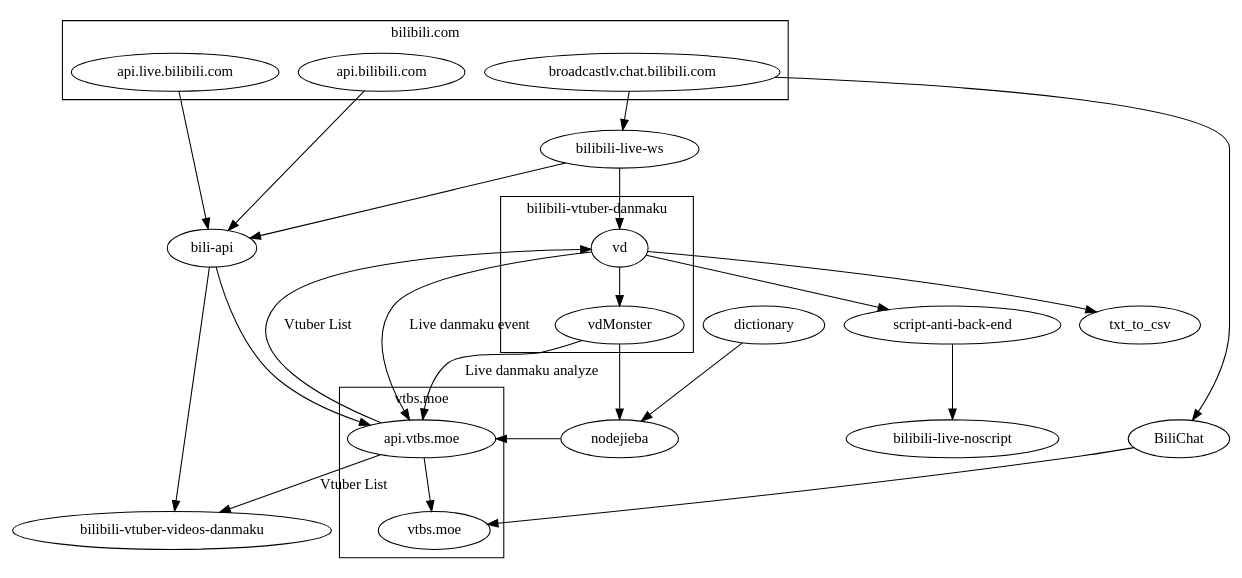
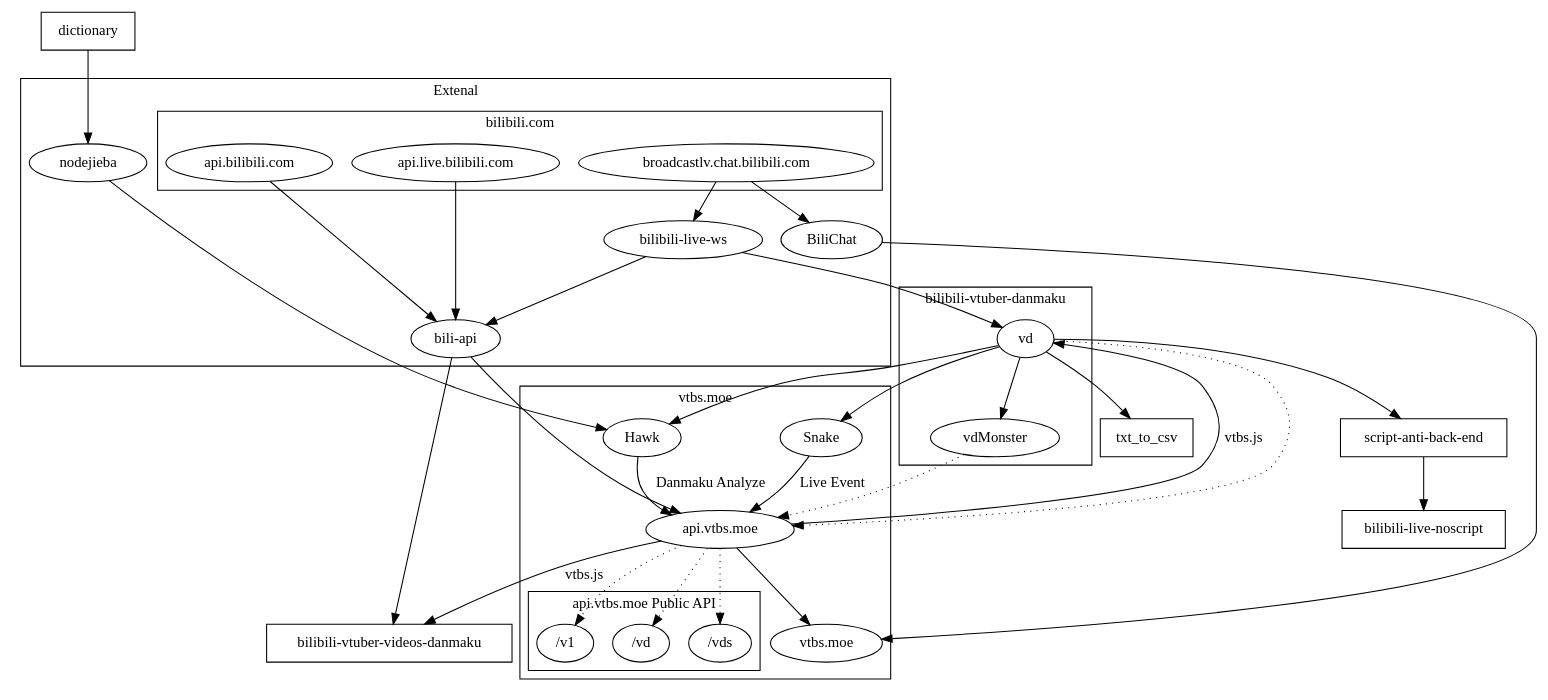
The diagram in dependency.dot (dd-center/dd-center.github.io), drawn with Graphviz before and after one commit.

Commit message:
谁不喜欢画图呢

```diff
--- a/dependency.dot
+++ b/dependency.dot
@@ -1,46 +1,65 @@
 digraph {
-	dictionary;
-	"bili-api";
-	"bilibili-live-ws";
-	txt_to_csv;
-	"bilibili-live-noscript";
-	BiliChat;
-	"bilibili-vtuber-videos-danmaku";
-	"script-anti-back-end";
+	dictionary [shape=box];
+	txt_to_csv [shape=box];
+	"bilibili-live-noscript" [shape=box];
+	"bilibili-vtuber-videos-danmaku" [shape=box];
+	"script-anti-back-end" [shape=box];
 	/* "danmaku-analyze"; */
-	subgraph "cluster_bilibili-" {
-		label = "bilibili.com";
-		"api.bilibili.com";
-		"api.live.bilibili.com";
-		"broadcastlv.chat.bilibili.com";
+	subgraph "cluster_bilibili_package" {
+		label = "Extenal";
+		"bili-api";
+		"bilibili-live-ws";
+		BiliChat;
+		nodejieba;
+		subgraph "cluster_bilibili-" {
+			label = "bilibili.com";
+			"api.bilibili.com";
+			"api.live.bilibili.com";
+			"broadcastlv.chat.bilibili.com";
+		}
 	}
 	subgraph "cluster_vtbs.moe" {
 		label="vtbs.moe";
 		"api.vtbs.moe";
+		Hawk;
+		Snake;
+		Snake -> "api.vtbs.moe"  [ label = "Live Event" ];
+		Hawk -> "api.vtbs.moe" [ label = "Danmaku Analyze" ];
 		"api.vtbs.moe" -> "vtbs.moe"
+		subgraph "cluster_open_api" {
+			label = "api.vtbs.moe Public API";
+			"/v1";
+			"/vd";
+			"/vds";
+		}
 	}
 	subgraph "cluster_bilibili-vtuber-danmaku" {
 		label = "bilibili-vtuber-danmaku";
 		vd;
 		vdMonster;
 	}
 	"api.bilibili.com" -> "bili-api";
 	"api.live.bilibili.com" -> "bili-api";
 	"bilibili-live-ws" -> "bili-api" -> "api.vtbs.moe";
 	"broadcastlv.chat.bilibili.com" -> "bilibili-live-ws" -> vd;
-	"api.vtbs.moe" -> vd [ label = "Vtuber List" ];
-	"api.vtbs.moe" -> "bilibili-vtuber-videos-danmaku" [ label = "Vtuber List" ];
+	"api.vtbs.moe" -> vd [ label = "vtbs.js" ];
+	"api.vtbs.moe" -> "bilibili-vtuber-videos-danmaku" [ label = "vtbs.js" ];
 	"bili-api" -> "bilibili-vtuber-videos-danmaku";
-	vd -> "api.vtbs.moe" [ label = "Live danmaku event" ];
 	vd -> vdMonster;
-	vdMonster -> nodejieba;
+	vd -> Hawk;
+	vd -> Snake;
 	dictionary -> nodejieba;
-	nodejieba -> "api.vtbs.moe";
+	nodejieba -> Hawk;
+	/* nodejieba -> vdMonster; */
 	vd -> txt_to_csv;
 	vd -> "script-anti-back-end" -> "bilibili-live-noscript";
-	vdMonster -> "api.vtbs.moe" [ label = "Live danmaku analyze" ];
 	"broadcastlv.chat.bilibili.com" -> BiliChat -> "vtbs.moe";
+
+	vd -> "api.vtbs.moe" [style=dotted];
+	vdMonster -> "api.vtbs.moe" -> "/v1" [style=dotted];
+	"api.vtbs.moe" -> "/vd" [style=dotted];
+	"api.vtbs.moe" -> "/vds" [style=dotted];
 
 	/* "bilibili-vtuber-videos-danmaku" -> "danmaku-analyze"; */
 	/* vdMonster -> "danmaku-analyze" -> "api.vtbs.moe"; */
 }
```
